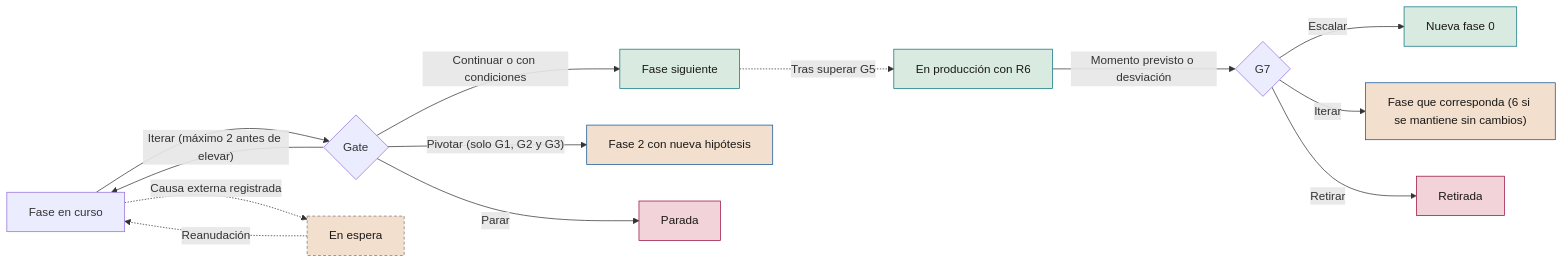
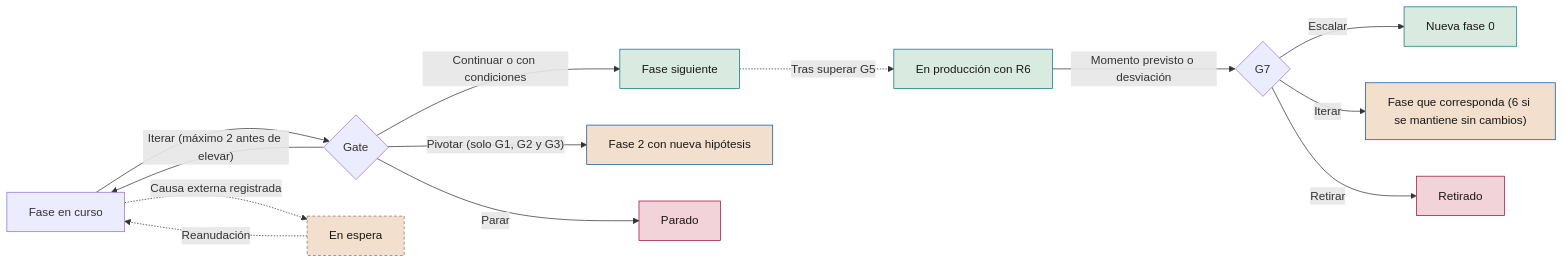
One commit to seachad/AI_CONSULTING changed the diagram in SEVEN-G/mds/es/20_SEVEN-G_Manuales_de_fase.md. Above: the diagram before and after it, drawn with Mermaid. The commit also changed other lines of this file and 1379 other files, not shown here.

````diff
--- a/SEVEN-G/mds/es/20_SEVEN-G_Manuales_de_fase.md
+++ b/SEVEN-G/mds/es/20_SEVEN-G_Manuales_de_fase.md
@@ -865,23 +865,23 @@
 ```mermaid
 flowchart LR
   F["Fase en curso"] --> G{"Gate"}
   G -->|"Continuar o con condiciones"| S["Fase siguiente"]
   G -->|"Iterar (máximo 2 antes de elevar)"| F
   G -->|"Pivotar (solo G1, G2 y G3)"| F2["Fase 2 con nueva hipótesis"]
-  G -->|"Parar"| P["Parada"]
+  G -->|"Parar"| P["Parado"]
   F -.->|"Causa externa registrada"| E["En espera"]
   E -.->|"Reanudación"| F
   S -.->|"Tras superar G5"| PR["En producción con R6"]
   PR -->|"Momento previsto o desviación"| G7{"G7"}
   G7 -->|"Escalar"| N0["Nueva fase 0"]
   G7 -->|"Iterar"| FX["Fase que corresponda (6 si se mantiene sin cambios)"]
-  G7 -->|"Retirar"| R["Retirada"]
+  G7 -->|"Retirar"| R["Retirado"]
   classDef ok fill:#d9ebe0,stroke:#0d7680,color:#1a1817
   classDef med fill:#f2dfce,stroke:#0f5499,color:#1a1817
   classDef ko fill:#f3d3da,stroke:#990f3d,color:#1a1817
   classDef espera fill:#f2dfce,stroke:#807973,color:#1a1817,stroke-dasharray:4 3
   class S,PR,N0 ok
   class F2,FX med
   class P,R ko
   class E espera
 ```
````
